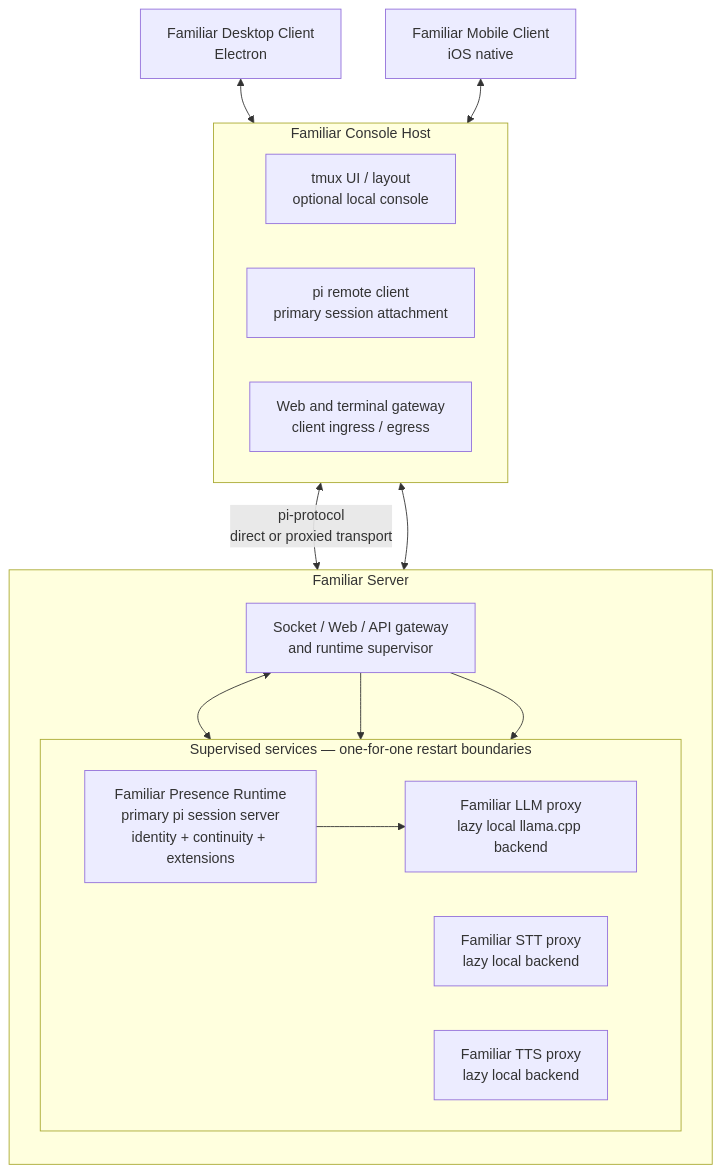
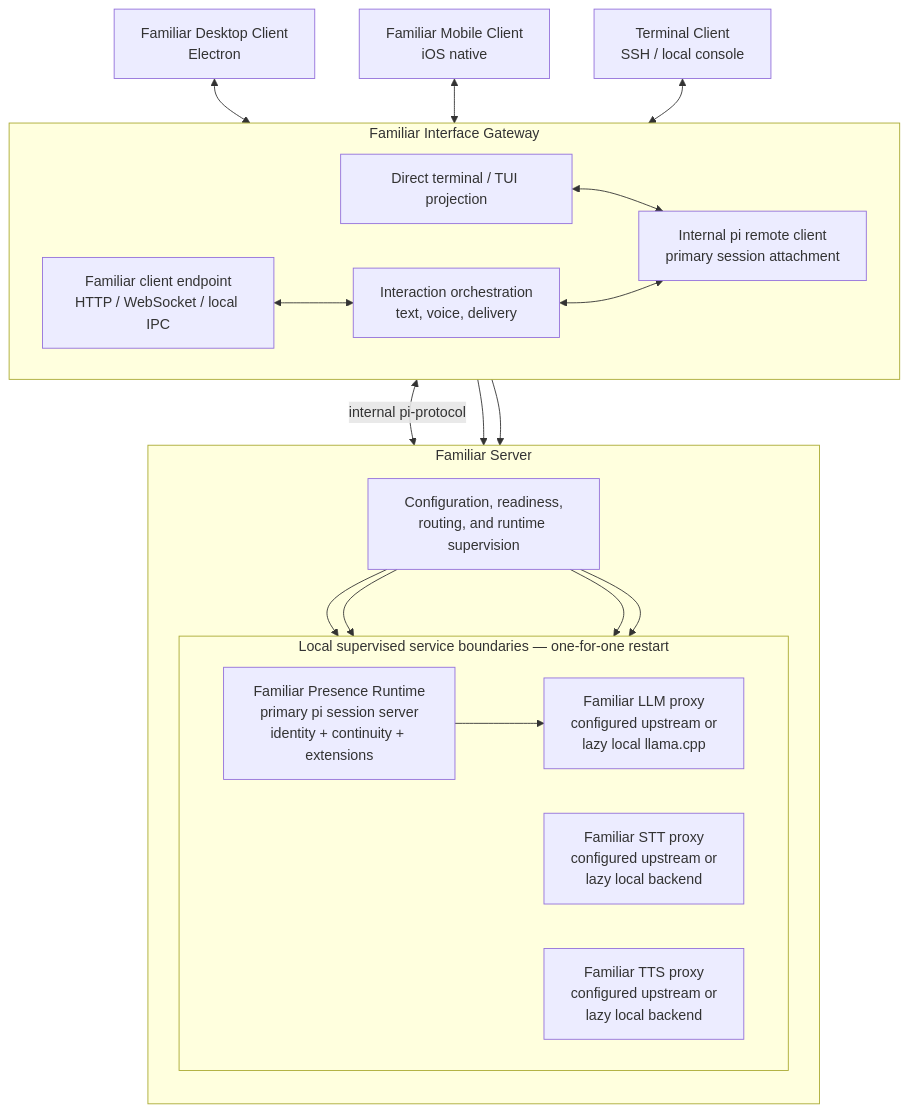
Before and after one commit to gisikw/familiar: the diagram in docs/ARCHITECTURE.md, drawn with Mermaid. The commit also changed other lines of this file and 1 other file, not shown here.

Commit message:
docs: settle Familiar gateway and deployment boundaries

````diff
--- a/docs/ARCHITECTURE.md
+++ b/docs/ARCHITECTURE.md
@@ -13,35 +13,43 @@
 ```mermaid
 flowchart TB
     desktop["Familiar Desktop Client<br/>Electron"]
     mobile["Familiar Mobile Client<br/>iOS native"]
+    ssh["Terminal Client<br/>SSH / local console"]
 
-    subgraph console["Familiar Console Host"]
+    subgraph interface["Familiar Interface Gateway"]
         direction LR
-        layout["tmux UI / layout<br/>optional local console"]
-        piClient["pi remote client<br/>primary session attachment"]
-        web["Web and terminal gateway<br/>client ingress / egress"]
+        ingress["Familiar client endpoint<br/>HTTP / WebSocket / local IPC"]
+        interaction["Interaction orchestration<br/>text, voice, delivery"]
+        piClient["Internal pi remote client<br/>primary session attachment"]
+        terminal["Direct terminal / TUI projection"]
     end
 
     subgraph server["Familiar Server"]
         direction TB
-        gateway["Socket / Web / API gateway<br/>and runtime supervisor"]
+        supervisor["Configuration, readiness,<br/>routing, and runtime supervision"]
 
-        subgraph services["Supervised services — one-for-one restart boundaries"]
+        subgraph services["Local supervised service boundaries — one-for-one restart"]
             direction LR
             presence["Familiar Presence Runtime<br/>primary pi session server<br/>identity + continuity + extensions"]
-            llm["Familiar LLM proxy<br/>lazy local llama.cpp backend"]
-            stt["Familiar STT proxy<br/>lazy local backend"]
-            tts["Familiar TTS proxy<br/>lazy local backend"]
+            llm["Familiar LLM proxy<br/>configured upstream or<br/>lazy local llama.cpp"]
+            stt["Familiar STT proxy<br/>configured upstream or<br/>lazy local backend"]
+            tts["Familiar TTS proxy<br/>configured upstream or<br/>lazy local backend"]
         end
     end
 
-    desktop <--> console
-    mobile <--> console
+    desktop <--> ingress
+    mobile <--> ingress
+    ssh <--> terminal
 
-    piClient <-->|"pi-protocol<br/>direct or proxied transport"| presence
-    web <--> gateway
-    gateway <--> presence
+    ingress <--> interaction
+    terminal <--> piClient
+    interaction <--> piClient
+    piClient <-->|"internal pi-protocol"| presence
+    interaction --> stt
+    interaction --> tts
     presence --> llm
-    gateway --> stt
-    gateway --> tts
+    supervisor --> presence
+    supervisor --> llm
+    supervisor --> stt
+    supervisor --> tts
 ```
````
